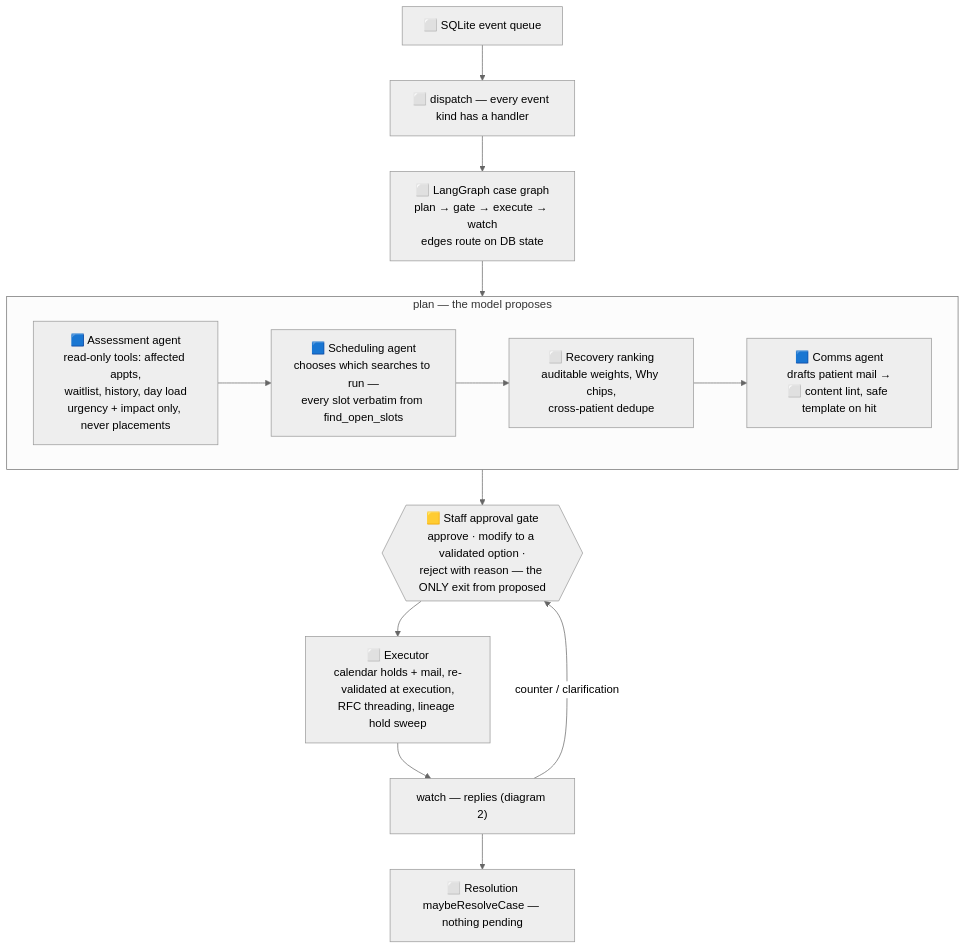
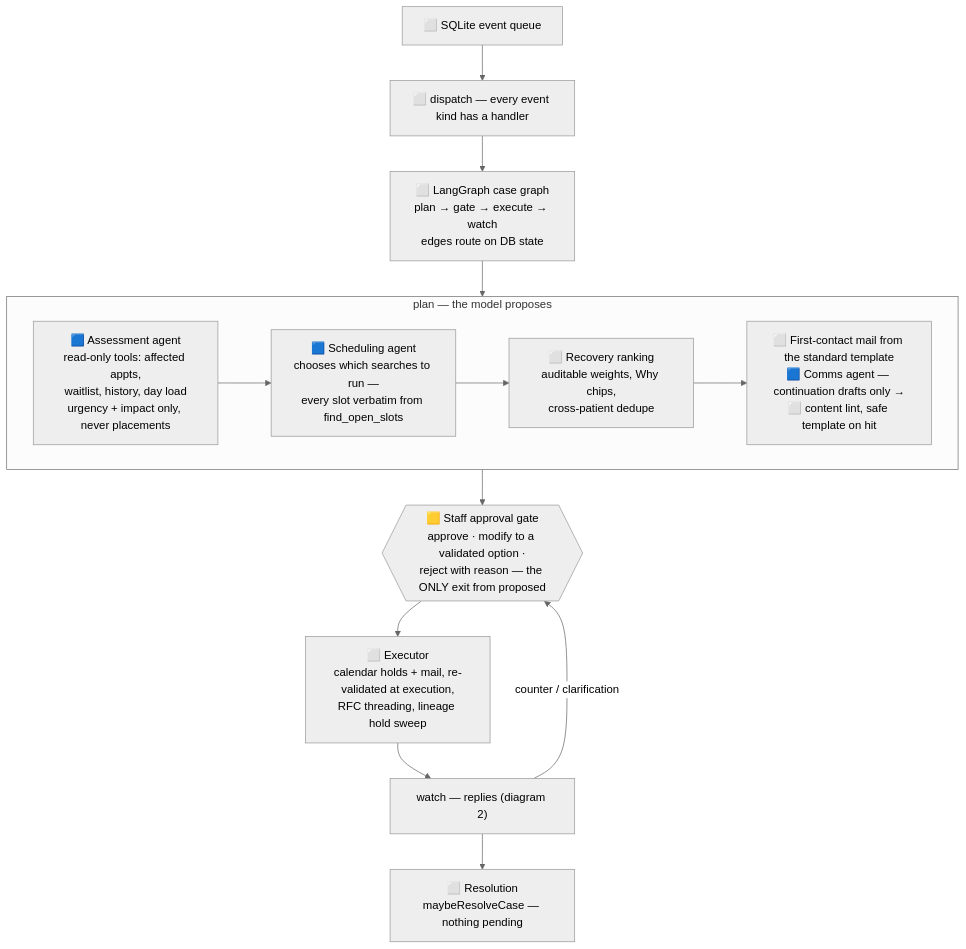
The first of 2 diagrams in docs/AGENTIC_WORKFLOW.md (haniellejermayn/schedicare), drawn with Mermaid (neutral theme) before and after one commit. The commit also changed other lines of this file and 2 other files, not shown here.

Commit message:
fix: switch to deterministic templatingg for initial comms

````diff
--- a/docs/AGENTIC_WORKFLOW.md
+++ b/docs/AGENTIC_WORKFLOW.md
@@ -18,20 +18,20 @@
 ```mermaid
 flowchart TD
   EV["⬜ SQLite event queue"] --> DI["⬜ dispatch — every event kind has a handler"]
   DI --> CG["⬜ LangGraph case graph<br/>plan → gate → execute → watch<br/>edges route on DB state"]
 
   subgraph PLAN["plan — the model proposes"]
     AS["🟦 Assessment agent<br/>read-only tools: affected appts,<br/>waitlist, history, day load<br/>urgency + impact only, never placements"]
     SC["🟦 Scheduling agent<br/>chooses which searches to run —<br/>every slot verbatim from find_open_slots"]
     RK["⬜ Recovery ranking<br/>auditable weights, Why chips,<br/>cross-patient dedupe"]
-    CM["🟦 Comms agent<br/>drafts patient mail →<br/>⬜ content lint, safe template on hit"]
+    CM["⬜ First-contact mail from the standard template<br/>🟦 Comms agent — continuation drafts only →<br/>⬜ content lint, safe template on hit"]
     AS --> SC --> RK --> CM
   end
 
   CG --> PLAN
   PLAN --> GATE{{"🟨 Staff approval gate<br/>approve · modify to a validated option ·<br/>reject with reason — the ONLY exit from proposed"}}
   GATE --> EX["⬜ Executor<br/>calendar holds + mail, re-validated at execution,<br/>RFC threading, lineage hold sweep"]
   EX --> WATCH["watch — replies (diagram 2)"]
   WATCH -->|"counter / clarification"| GATE
   WATCH --> RES["⬜ Resolution<br/>maybeResolveCase — nothing pending"]
 ```
````
